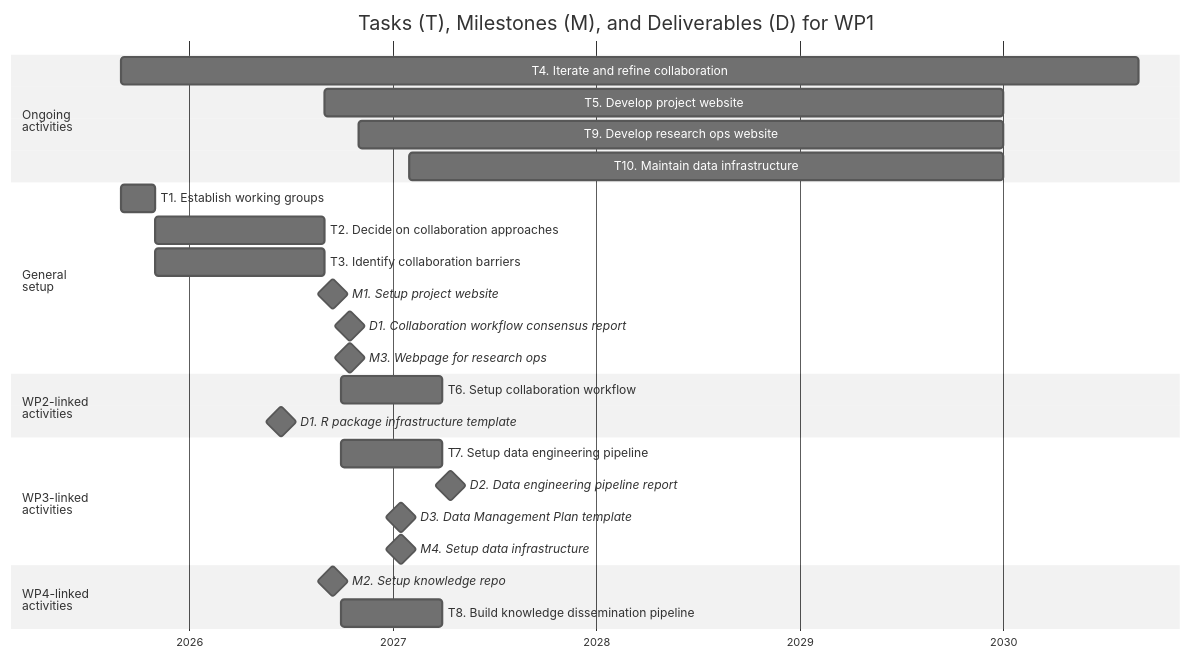
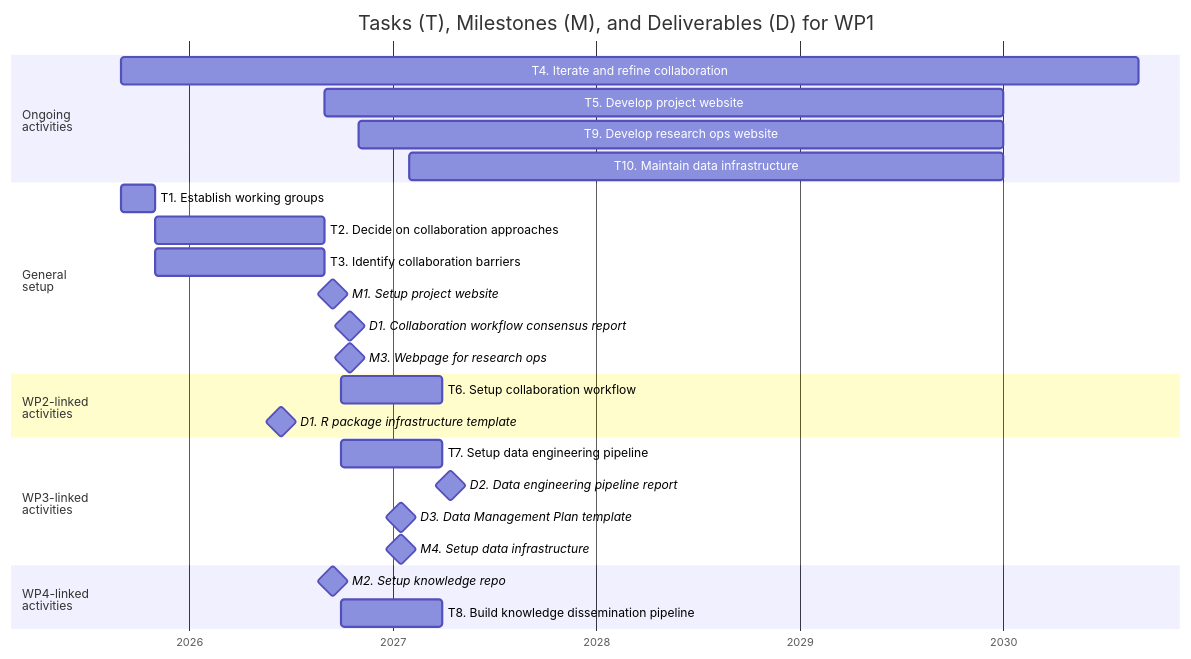
One commit to dp-next/wp1-ros changed the diagram in images/gantt-wp1.mmd. Above: the diagram before and after it, drawn with Mermaid. The commit also changed 1 other file, not shown here.

Commit message:
style: :lipstick: use website specific theme for Mermaid diagrams

```diff
--- a/images/gantt-wp1.mmd
+++ b/images/gantt-wp1.mmd
@@ -1,42 +1,41 @@
 %%{init: {
-  'theme': 'neutral',
   'gantt': {
     'barHeight': 25,
     'leftPadding': 100
   }
 }}%%
 gantt
   title Tasks (T), Milestones (M), and Deliverables (D) for WP1
   dateFormat  YYYY-MM-DD
   axisFormat %Y
   tickInterval 1year
   todayMarker off
   %% (`excludes` accepts specific dates in YYYY-MM-DD format, days of the week ("sunday") or "weekends", but not the word "weekdays".)
 
   section Ongoing<br>activities
   T4. Iterate and refine collaboration: imp_collab, 2025-09-01, 5y
   T5. Develop project website: imp_proj_web, after collab_agree, 2030-01-01
   T9. Develop research ops website: imp_reops_web, after consensus, 2030-01-01
   T10. Maintain data infrastructure: imp_seedcase, after seedcase, 2030-01-01
 
   section General<br>setup
   T1. Establish working groups: wg, 2025-09-01, 2M
   T2.  Decide on collaboration approaches: collab_agree, after wg, 10M
   T3. Identify collaboration barriers: barriers, after wg, 10M
   M1. Setup project website: milestone, web_proj, after barriers, 1M
   D1. Collaboration workflow consensus report: milestone, consensus, after web_proj, 1M
   M3. Webpage for research ops: milestone, web_reops, after web_proj, 1M
 
   section WP2-linked<br>activities
   T6. Setup collaboration workflow: collab_wp2, after web_proj, 6M
   D1. R package infrastructure template: milestone, template_rpkg, 2026-06-01, 1M
 
   section WP3-linked<br>activities
   T7. Setup data engineering pipeline: de_wp3, after web_proj, 6M
   D2. Data engineering pipeline report: milestone, der_wp3, after de_wp3, 1M
   D3. Data Management Plan template: milestone, template_dmp, 2027-01-01, 1M
   M4. Setup data infrastructure: milestone, seedcase, 2027-01-01, 1M
 
   section WP4-linked<br>activities
   M2. Setup knowledge repo: milestone, kr_wp4, after collab_agree, 1M
   T8. Build knowledge dissemination pipeline: kmp_wp4, after kr_wp4, 6M
```
